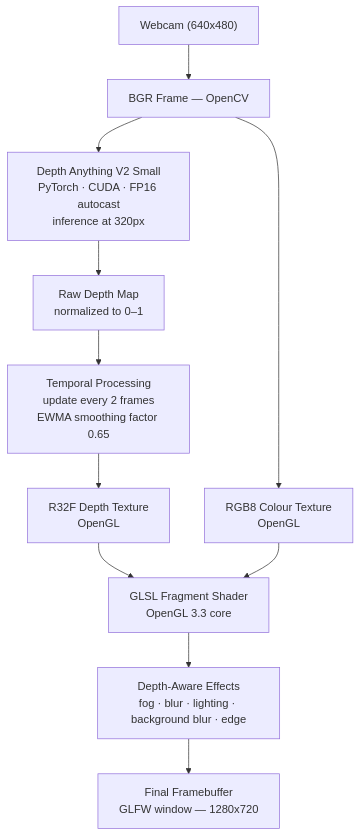
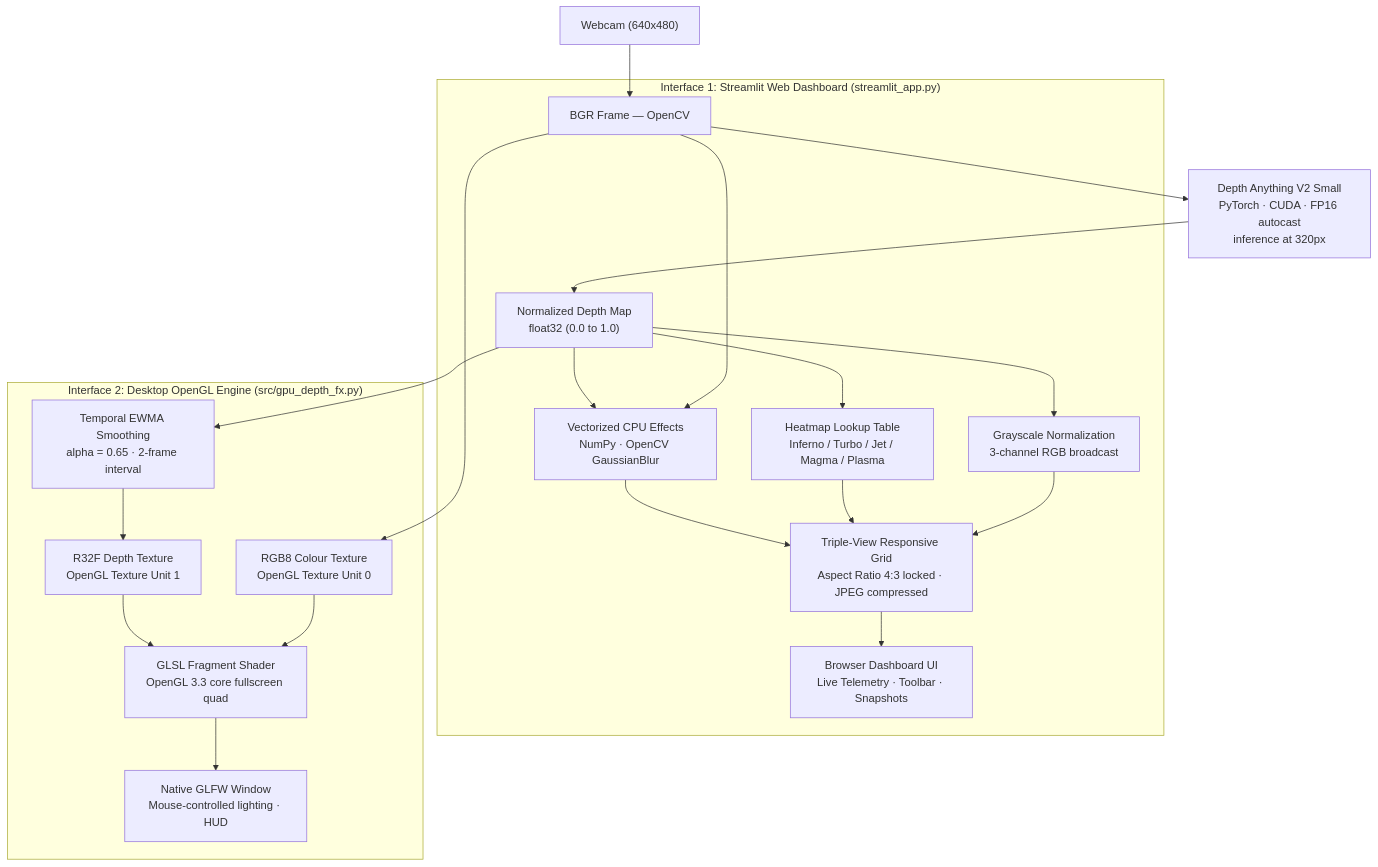
The diagram in README.md (SudharsaaX/DepthFX), drawn with Mermaid before and after one commit. The commit also changed other lines of this file and 1 other file, not shown here.

````diff
--- a/README.md
+++ b/README.md
@@ -24,13 +30,26 @@
 ```mermaid
 flowchart TD
     A["Webcam (640x480)"] --> B["BGR Frame — OpenCV"]
     B --> C["Depth Anything V2 Small\nPyTorch · CUDA · FP16 autocast\ninference at 320px"]
-    C --> D["Raw Depth Map\nnormalized to 0–1"]
-    D --> E["Temporal Processing\nupdate every 2 frames\nEWMA smoothing factor 0.65"]
-    E --> F["R32F Depth Texture\nOpenGL"]
-    B --> G["RGB8 Colour Texture\nOpenGL"]
-    F --> H["GLSL Fragment Shader\nOpenGL 3.3 core"]
-    G --> H
-    H --> I["Depth-Aware Effects\nfog · blur · lighting · background blur · edge"]
-    I --> J["Final Framebuffer\nGLFW window — 1280x720"]
+    C --> D["Normalized Depth Map\nfloat32 (0.0 to 1.0)"]
+    
+    subgraph "Interface 1: Streamlit Web Dashboard (streamlit_app.py)"
+        D --> S1["Vectorized CPU Effects\nNumPy · OpenCV GaussianBlur"]
+        B --> S1
+        D --> S2["Heatmap Lookup Table\nInferno / Turbo / Jet / Magma / Plasma"]
+        D --> S3["Grayscale Normalization\n3-channel RGB broadcast"]
+        S1 --> S4["Triple-View Responsive Grid\nAspect Ratio 4:3 locked · JPEG compressed"]
+        S2 --> S4
+        S3 --> S4
+        S4 --> S5["Browser Dashboard UI\nLive Telemetry · Toolbar · Snapshots"]
+    end
+
+    subgraph "Interface 2: Desktop OpenGL Engine (src/gpu_depth_fx.py)"
+        D --> O1["Temporal EWMA Smoothing\nalpha = 0.65 · 2-frame interval"]
+        O1 --> O2["R32F Depth Texture\nOpenGL Texture Unit 1"]
+        B --> O3["RGB8 Colour Texture\nOpenGL Texture Unit 0"]
+        O2 --> O4["GLSL Fragment Shader\nOpenGL 3.3 core fullscreen quad"]
+        O3 --> O4
+        O4 --> O5["Native GLFW Window\nMouse-controlled lighting · HUD"]
+    end
 ```
````
